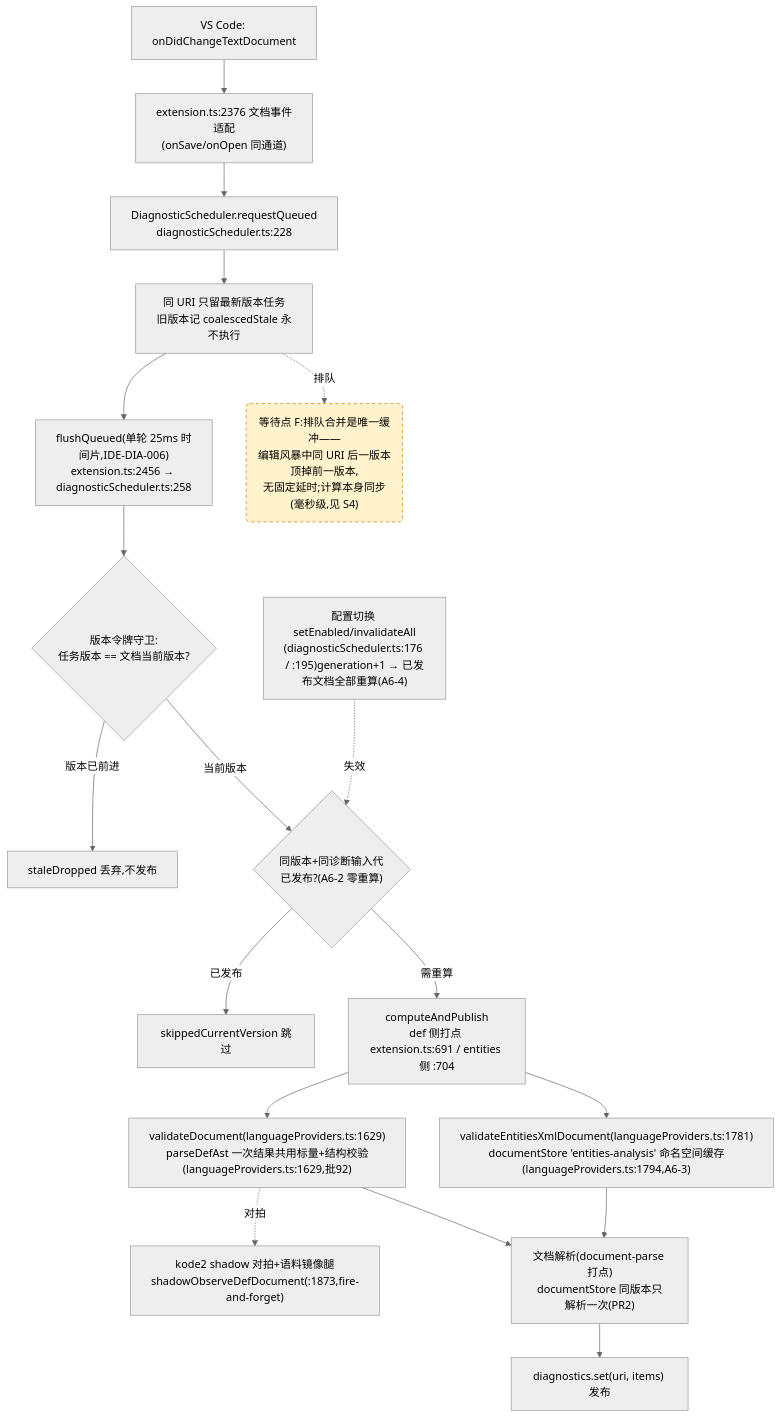
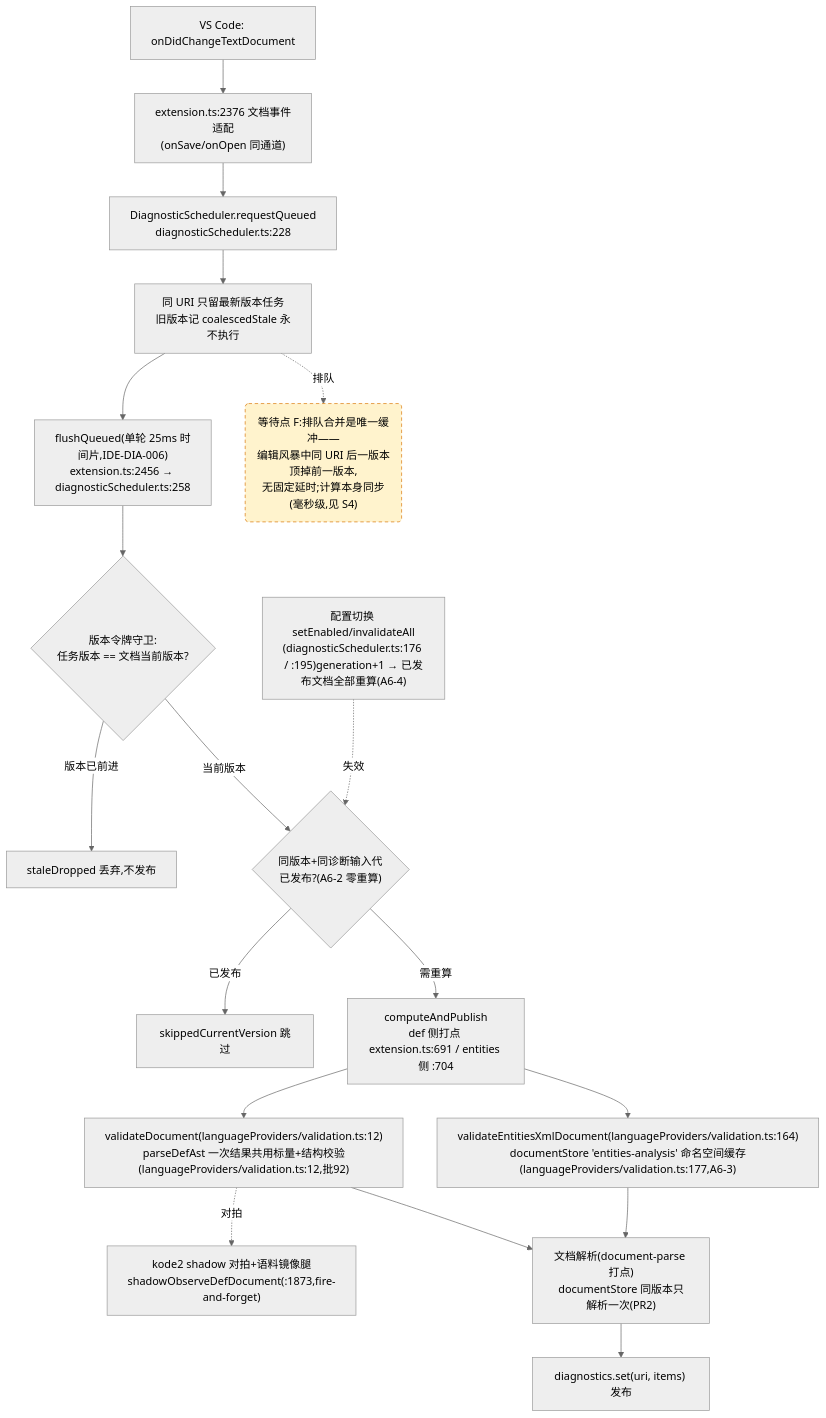
The fourth of 4 diagrams in docs/perf/2026-baseline.md (cuihairu/kode), drawn with Mermaid (neutral theme) before and after one commit. The commit also changed other lines of this file and 3 other files, not shown here.

First line of the commit message:
refactor(arch): KODE-ARCH-001 step 2 — extract languageProviders/validation (pure move)

````diff
--- a/docs/perf/2026-baseline.md
+++ b/docs/perf/2026-baseline.md
@@ -214,38 +214,38 @@
 ```mermaid
 flowchart TD
   CHG["VS Code: onDidChangeTextDocument"]
   WATCH["extension.ts:2376 文档事件适配<br/>(onSave/onOpen 同通道)"]
   RQ["DiagnosticScheduler.requestQueued<br/>diagnosticScheduler.ts:228"]
   CO["同 URI 只留最新版本任务<br/>旧版本记 coalescedStale 永不执行"]
   FL["flushQueued(单轮 25ms 时间片,IDE-DIA-006)<br/>extension.ts:2456 → diagnosticScheduler.ts:258"]
   VG{"版本令牌守卫:<br/>任务版本 == 文档当前版本?"}
   DROP["staleDropped 丢弃,不发布"]
   GEN{"同版本+同诊断输入代<br/>已发布?(A6-2 零重算)"}
   SKIP["skippedCurrentVersion 跳过"]
   CALC["computeAndPublish<br/>def 侧打点 extension.ts:691 / entities 侧 :704"]
-  VD["validateDocument(languageProviders.ts:1629)<br/>parseDefAst 一次结果共用标量+结构校验(languageProviders.ts:1629,批92)"]
-  VEX["validateEntitiesXmlDocument(languageProviders.ts:1781)<br/>documentStore 'entities-analysis' 命名空间缓存(languageProviders.ts:1794,A6-3)"]
+  VD["validateDocument(languageProviders/validation.ts:12)<br/>parseDefAst 一次结果共用标量+结构校验(languageProviders/validation.ts:12,批92)"]
+  VEX["validateEntitiesXmlDocument(languageProviders/validation.ts:164)<br/>documentStore 'entities-analysis' 命名空间缓存(languageProviders/validation.ts:177,A6-3)"]
   SHDD["kode2 shadow 对拍+语料镜像腿<br/>shadowObserveDefDocument(:1873,fire-and-forget)"]
   DS["文档解析(document-parse 打点)<br/>documentStore 同版本只解析一次(PR2)"]
   PUB["diagnostics.set(uri, items) 发布"]
   CFG2["配置切换 setEnabled/invalidateAll<br/>(diagnosticScheduler.ts:176 / :195)generation+1 → 已发布文档全部重算(A6-4)"]
 
   CHG --> WATCH --> RQ --> CO --> FL --> VG
   VG -- "版本已前进" --> DROP
   VG -- "当前版本" --> GEN
   GEN -- "已发布" --> SKIP
   GEN -- "需重算" --> CALC
   CALC --> VD
   CALC --> VEX
   VD --> DS
   VEX --> DS
   DS --> PUB
   VD -.->|对拍| SHDD
   CFG2 -.->|失效| GEN
 
   WAITF("等待点 F:排队合并是唯一缓冲——<br/>编辑风暴中同 URI 后一版本顶掉前一版本,<br/>无固定延时;计算本身同步(毫秒级,见 S4)")
   CO -.->|排队| WAITF
 
   classDef waitPoint fill:#fff3cd,stroke:#d97706,stroke-dasharray:5 4;
   class WAITF waitPoint;
 ```
````
